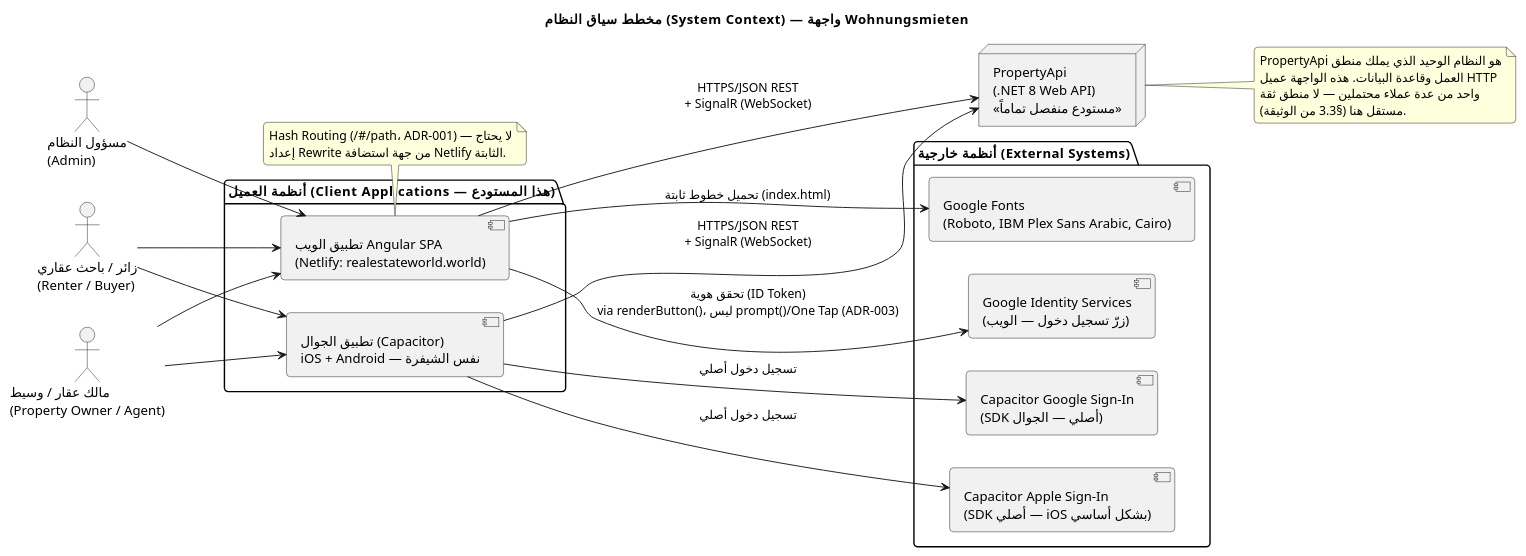
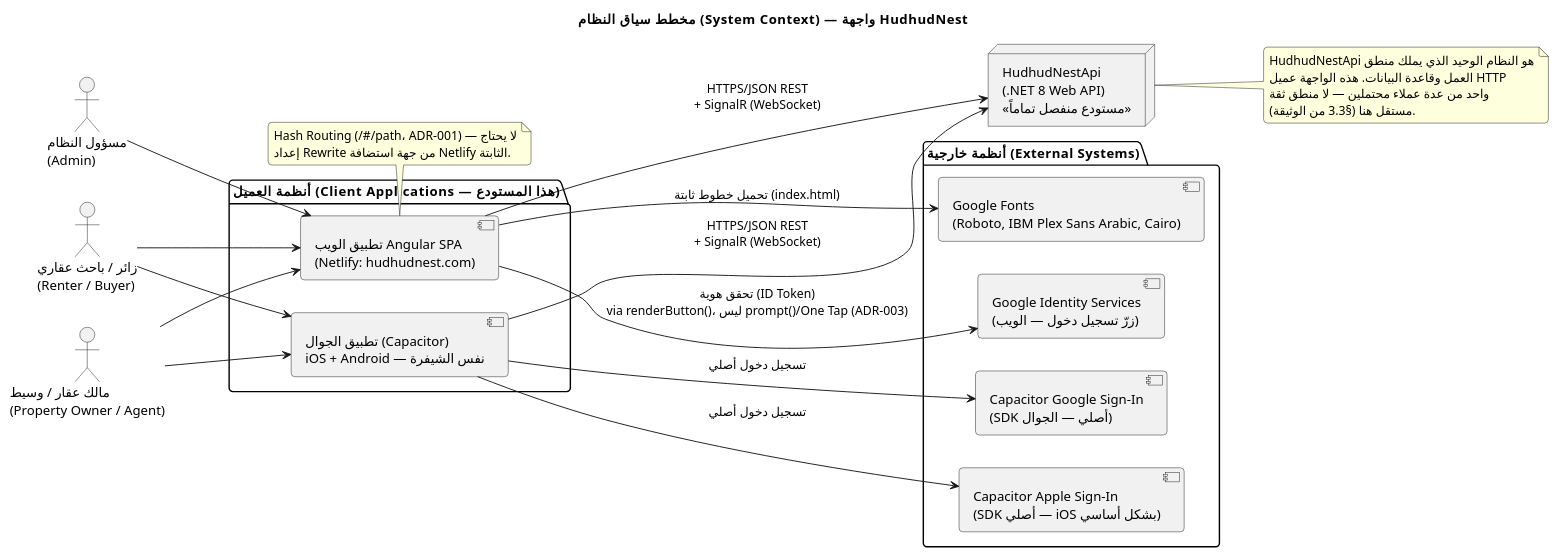
The diagram in docs/architecture/ARD/diagrams/01-system-context.puml (Naeem-Ba/HudhudNest), drawn with PlantUML before and after one commit. The commit also changed 155 other files, not shown here.

First line of the commit message:
feat(brand): HudhudNest logo, app icons, splash screens and full rename

```diff
--- a/docs/architecture/ARD/diagrams/01-system-context.puml
+++ b/docs/architecture/ARD/diagrams/01-system-context.puml
@@ -1,54 +1,54 @@
 @startuml System_Context
 skinparam backgroundColor #FFFFFF
 skinparam shadowing false
 skinparam roundcorner 8
 skinparam defaultFontName "Segoe UI"
-title مخطط سياق النظام (System Context) — واجهة Wohnungsmieten
+title مخطط سياق النظام (System Context) — واجهة HudhudNest
 
 left to right direction
 
 actor "زائر / باحث عقاري\n(Renter / Buyer)" as Visitor
 actor "مالك عقار / وسيط\n(Property Owner / Agent)" as Owner
 actor "مسؤول النظام\n(Admin)" as Admin
 
 package "أنظمة العميل (Client Applications — هذا المستودع)" {
-  [تطبيق الويب Angular SPA\n(Netlify: realestateworld.world)] as WebApp
+  [تطبيق الويب Angular SPA\n(Netlify: hudhudnest.com)] as WebApp
   [تطبيق الجوال (Capacitor)\niOS + Android — نفس الشيفرة] as MobileApp
 }
 
-node "PropertyApi\n(.NET 8 Web API)\n<<مستودع منفصل تماماً>>" as Backend
+node "HudhudNestApi\n(.NET 8 Web API)\n<<مستودع منفصل تماماً>>" as Backend
 
 package "أنظمة خارجية (External Systems)" {
   [Google Identity Services\n(زرّ تسجيل دخول — الويب)] as GoogleWeb
   [Capacitor Google Sign-In\n(SDK أصلي — الجوال)] as GoogleNative
   [Capacitor Apple Sign-In\n(SDK أصلي — iOS بشكل أساسي)] as AppleNative
   [Google Fonts\n(Roboto, IBM Plex Sans Arabic, Cairo)] as Fonts
 }
 
 Visitor --> WebApp
 Visitor --> MobileApp
 Owner --> WebApp
 Owner --> MobileApp
 Admin --> WebApp
 
 WebApp --> Backend : HTTPS/JSON REST\n+ SignalR (WebSocket)
 MobileApp --> Backend : HTTPS/JSON REST\n+ SignalR (WebSocket)
 
 WebApp --> GoogleWeb : تحقق هوية (ID Token)\nvia renderButton()، ليس prompt()/One Tap (ADR-003)
 MobileApp --> GoogleNative : تسجيل دخول أصلي
 MobileApp --> AppleNative : تسجيل دخول أصلي
 WebApp --> Fonts : تحميل خطوط ثابتة (index.html)
 
 note right of Backend
-  PropertyApi هو النظام الوحيد الذي يملك منطق
+  HudhudNestApi هو النظام الوحيد الذي يملك منطق
   العمل وقاعدة البيانات. هذه الواجهة عميل HTTP
   واحد من عدة عملاء محتملين — لا منطق ثقة
   مستقل هنا (§3.3 من الوثيقة).
 end note
 
 note bottom of WebApp
   Hash Routing (/#/path، ADR-001) — لا يحتاج
   إعداد Rewrite من جهة استضافة Netlify الثابتة.
 end note
 
 @enduml
```
